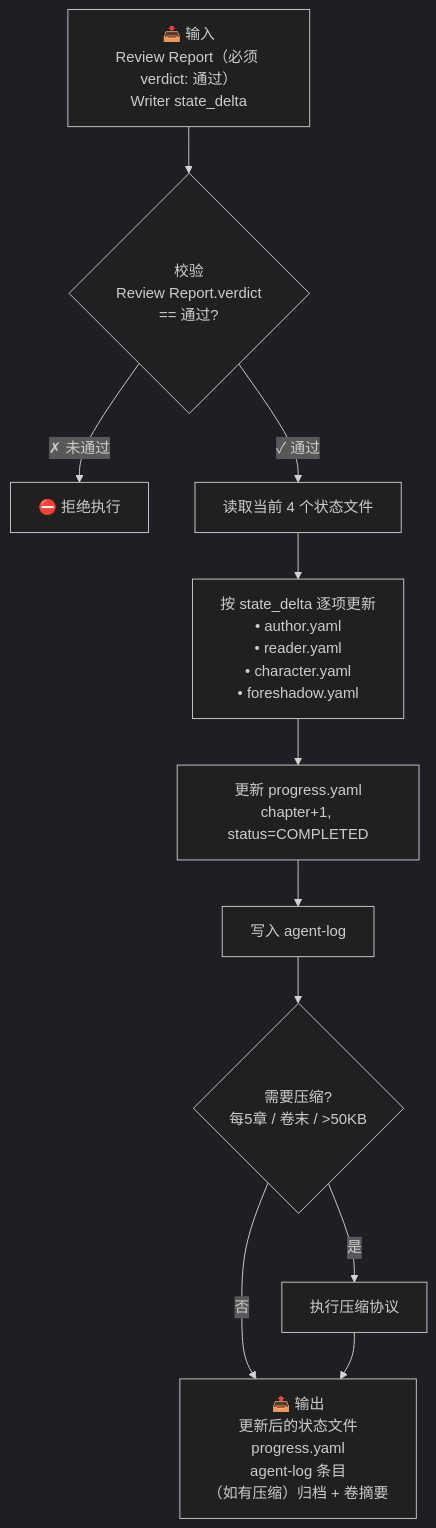
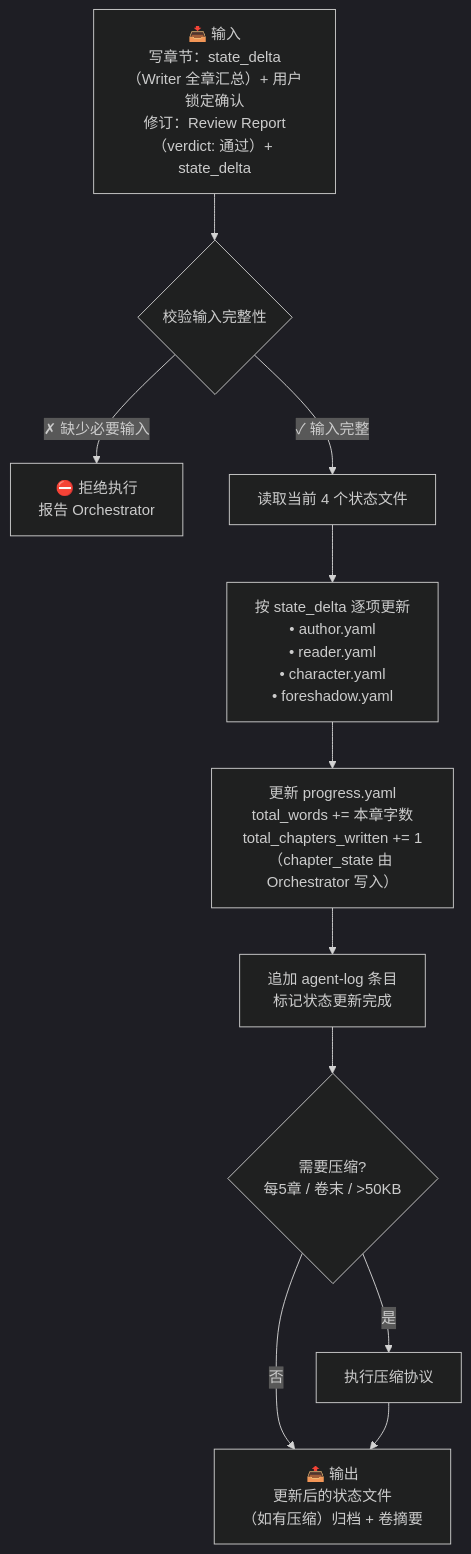
Before and after one commit to deathwhispers/novel-studio: the diagram in agents/state-manager.md, drawn with Mermaid (dark theme). The commit also changed other lines of this file and 9 other files, not shown here.

````diff
--- a/agents/state-manager.md
+++ b/agents/state-manager.md
@@ -107,27 +110,27 @@
 ```mermaid
 flowchart TD
-    Input["📥 输入<br/>Review Report（必须 verdict: 通过）<br/>Writer state_delta"]
+    Input["📥 输入<br/>写章节：state_delta（Writer 全章汇总）+ 用户锁定确认<br/>修订：Review Report（verdict: 通过）+ state_delta"]
 
-    Validate{"校验<br/>Review Report.verdict<br/>== 通过?"}
-    Reject["⛔ 拒绝执行"]
+    Validate{"校验输入完整性"}
+    Reject["⛔ 拒绝执行<br/>报告 Orchestrator"]
 
     Read["读取当前 4 个状态文件"]
     Update["按 state_delta 逐项更新<br/>• author.yaml<br/>• reader.yaml<br/>• character.yaml<br/>• foreshadow.yaml"]
-    Progress["更新 progress.yaml<br/>chapter+1, status=COMPLETED"]
-    Log["写入 agent-log"]
+    Progress["更新 progress.yaml<br/>total_words += 本章字数<br/>total_chapters_written += 1<br/>（chapter_state 由 Orchestrator 写入）"]
+    Log["追加 agent-log 条目<br/>标记状态更新完成"]
 
     Compress{"需要压缩?<br/>每5章 / 卷末 / >50KB"}
     RunCompress["执行压缩协议"]
-    Done["📤 输出<br/>更新后的状态文件<br/>progress.yaml<br/>agent-log 条目<br/>（如有压缩）归档 + 卷摘要"]
+    Done["📤 输出<br/>更新后的状态文件<br/>（如有压缩）归档 + 卷摘要"]
 
     Input --> Validate
-    Validate -->|"✗ 未通过"| Reject
-    Validate -->|"✓ 通过"| Read
+    Validate -->|"✗ 缺少必要输入"| Reject
+    Validate -->|"✓ 输入完整"| Read
     Read --> Update
     Update --> Progress
     Progress --> Log
     Log --> Compress
     Compress -->|"是"| RunCompress
     Compress -->|"否"| Done
     RunCompress --> Done
 ```
````
